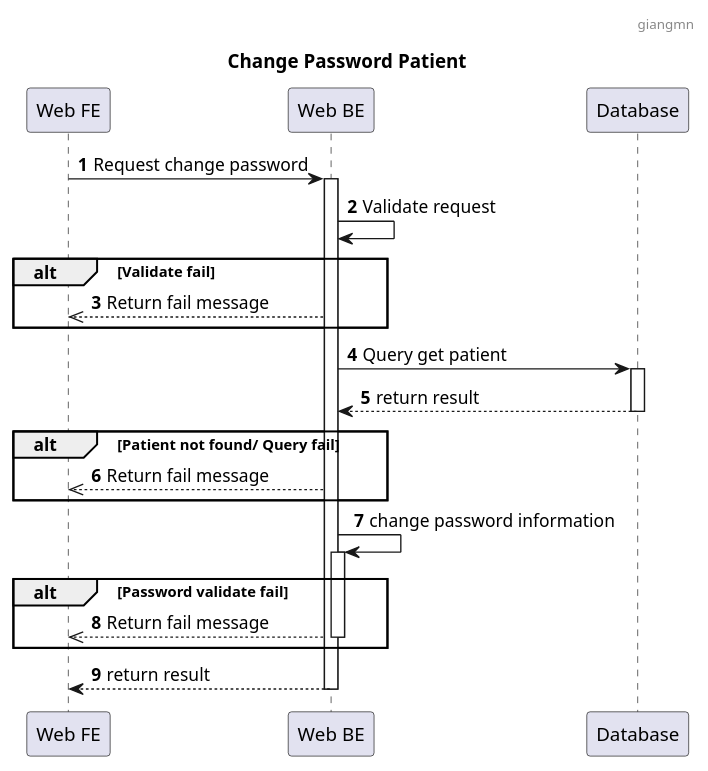
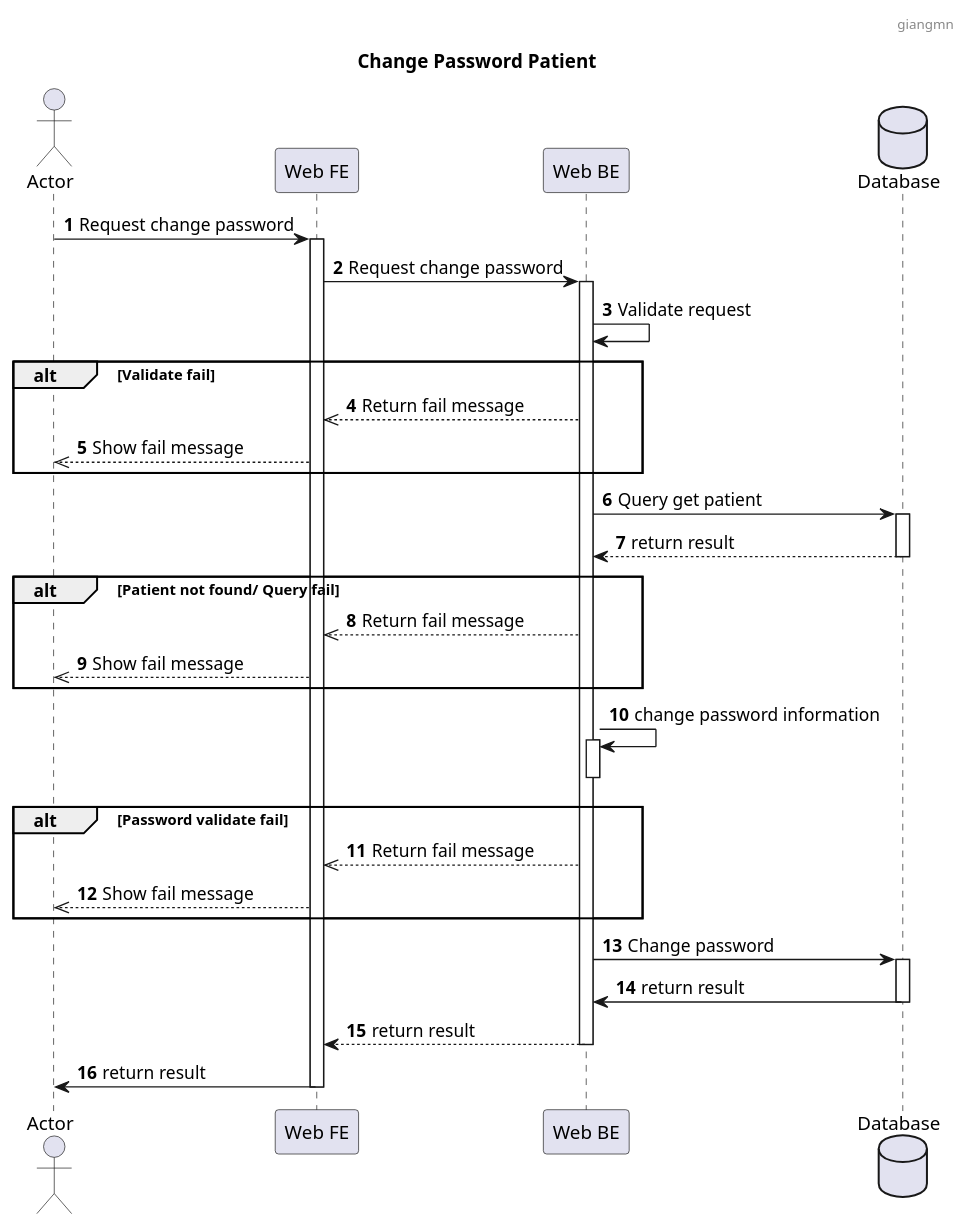
Before and after one commit to jang1902/SEP490_Sequence: the diagram in Patient/Change Password Patietn.puml, drawn with PlantUML. The commit also changed 12 other files, not shown here.

```diff
--- a/Patient/Change Password Patietn.puml
+++ b/Patient/Change Password Patietn.puml
@@ -1,33 +1,46 @@
 @startuml
 header : giangmn
 title: Change Password Patient
 autonumber
 
+actor "Actor" as a
 participant "Web FE" as fe
 participant "Web BE" as be
-participant "Database" as db
+database "Database" as db
 
+a->fe : Request change password
+fe++
 fe -> be: Request change password
 be++
 be -> be: Validate request
 alt Validate fail
 be -->> fe: Return fail message
+fe-->>a: Show fail message
 end
 be -> db: Query get patient
 db++
 db --> be: return result
 db--
 alt Patient not found/ Query fail
 be -->> fe: Return fail message
+fe-->>a: Show fail message
 end
 
 be-> be: change password information
 be++
+be--
 
 alt Password validate fail
 be -->> fe: Return fail message
-be--
+fe-->>a: Show fail message
 end
+
+be->db: Change password
+db++
+db->be: return result
+db--
 be --> fe: return result
 be--
+fe->a: return result
+fe--
 @enduml
```
